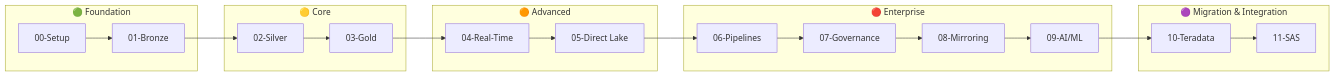
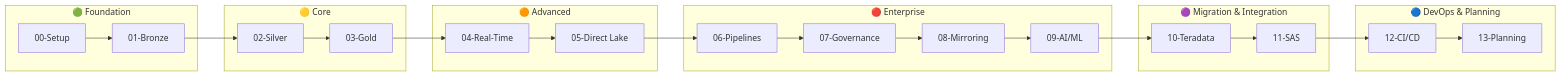
Before and after one commit to fgarofalo56/Suppercharge_Microsoft_Fabric: the diagram in tutorials/README.md, drawn with Mermaid. The commit also changed other lines of this file and 23 other files, not shown here.

````diff
--- a/tutorials/README.md
+++ b/tutorials/README.md
@@ -25,33 +25,39 @@
 ```mermaid
 flowchart LR
     subgraph L1["🟢 Foundation"]
         T00[00-Setup]
         T01[01-Bronze]
     end
 
     subgraph L2["🟡 Core"]
         T02[02-Silver]
         T03[03-Gold]
     end
 
     subgraph L3["🟠 Advanced"]
         T04[04-Real-Time]
         T05[05-Direct Lake]
     end
 
     subgraph L4["🔴 Enterprise"]
         T06[06-Pipelines]
         T07[07-Governance]
         T08[08-Mirroring]
         T09[09-AI/ML]
     end
 
     subgraph L5["🟣 Migration & Integration"]
         T10[10-Teradata]
         T11[11-SAS]
     end
 
+    subgraph L6["🔵 DevOps & Planning"]
+        T12[12-CI/CD]
+        T13[13-Planning]
+    end
+
     T00 --> T01 --> T02 --> T03 --> T04 --> T05
     T05 --> T06 --> T07 --> T08 --> T09
     T09 --> T10 --> T11
+    T11 --> T12 --> T13
 ```
````
